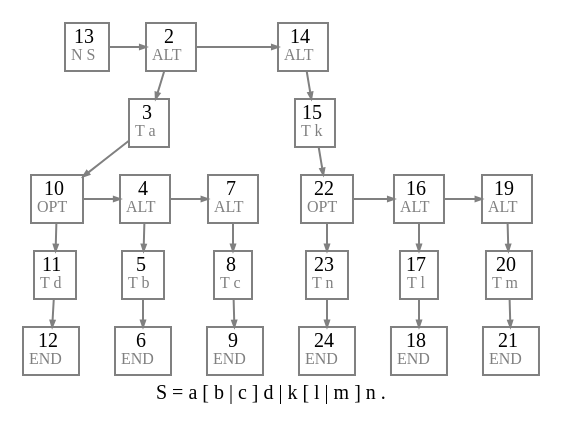
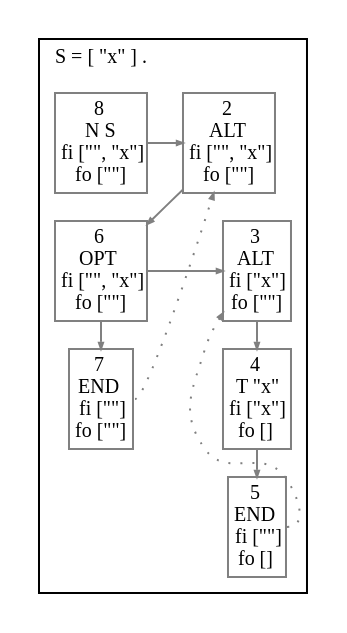
Before and after one commit to JanWillemBrands/AoC2021: the diagram in ART.gv, drawn with Graphviz. The commit also changed 11 other files, not shown here.

```diff
--- a/ART.gv
+++ b/ART.gv
@@ -1,55 +1,28 @@
 digraph G {
   fontname = Menlo
   fontsize = 10
   node [fontname = Menlo, fontsize = 10, color = gray, height = 0, width = 0, margin= 0.04]
   edge [fontname = Menlo, fontsize = 10, color = gray, arrowsize = 0.3]
   graph [ordering = out, ranksep = 0.2]
   rankdir = "TB"
+  subgraph clusterS {
     node [shape = box]
-    label = <S = a [ b | c ] d | k [ l | m ] n .>
-    13 [label = <13<br/><font color="gray" point-size="8.0"> N S</font>>]
-    13 -> 2 {rank = same; 13; 2;}
-    2 [label = <2<br/><font color="gray" point-size="8.0"> ALT </font>>]
-    2 -> 14 {rank = same; 2; 14;}
-    14 [label = <14<br/><font color="gray" point-size="8.0"> ALT </font>>]
-    14 -> 15
-    15 [label = <15<br/><font color="gray" point-size="8.0"> T k</font>>]
-    15 -> 22
-    22 [label = <22<br/><font color="gray" point-size="8.0"> OPT </font>>]
-    22 -> 16 {rank = same; 22; 16;}
-    16 [label = <16<br/><font color="gray" point-size="8.0"> ALT </font>>]
-    16 -> 19 {rank = same; 16; 19;}
-    19 [label = <19<br/><font color="gray" point-size="8.0"> ALT </font>>]
-    19 -> 20
-    20 [label = <20<br/><font color="gray" point-size="8.0"> T m</font>>]
-    20 -> 21
-    21 [label = <21<br/><font color="gray" point-size="8.0"> END </font>>]
-    16 -> 17
-    17 [label = <17<br/><font color="gray" point-size="8.0"> T l</font>>]
-    17 -> 18
-    18 [label = <18<br/><font color="gray" point-size="8.0"> END </font>>]
-    22 -> 23
-    23 [label = <23<br/><font color="gray" point-size="8.0"> T n</font>>]
-    23 -> 24
-    24 [label = <24<br/><font color="gray" point-size="8.0"> END </font>>]
-    2 -> 3
-    3 [label = <3<br/><font color="gray" point-size="8.0"> T a</font>>]
-    3 -> 10
-    10 [label = <10<br/><font color="gray" point-size="8.0"> OPT </font>>]
-    10 -> 4 {rank = same; 10; 4;}
-    4 [label = <4<br/><font color="gray" point-size="8.0"> ALT </font>>]
-    4 -> 7 {rank = same; 4; 7;}
-    7 [label = <7<br/><font color="gray" point-size="8.0"> ALT </font>>]
-    7 -> 8
-    8 [label = <8<br/><font color="gray" point-size="8.0"> T c</font>>]
-    8 -> 9
-    9 [label = <9<br/><font color="gray" point-size="8.0"> END </font>>]
-    4 -> 5
-    5 [label = <5<br/><font color="gray" point-size="8.0"> T b</font>>]
-    5 -> 6
-    6 [label = <6<br/><font color="gray" point-size="8.0"> END </font>>]
-    10 -> 11
-    11 [label = <11<br/><font color="gray" point-size="8.0"> T d</font>>]
-    11 -> 12
-    12 [label = <12<br/><font color="gray" point-size="8.0"> END </font>>]
+    label = <S = [ "x" ] .>
+    labeljust = l
+    8 [label = <8<br/>N S<br/>fi ["", "x"]<br/>fo [""]>]
+    8 -> 2 {rank = same; 8; 2;}
+    2 [label = <2<br/>ALT <br/>fi ["", "x"]<br/>fo [""]>]
+    2 -> 6 [weight=100]
+    6 [label = <6<br/>OPT <br/>fi ["", "x"]<br/>fo [""]>]
+    6 -> 3 {rank = same; 6; 3;}
+    3 [label = <3<br/>ALT <br/>fi ["x"]<br/>fo [""]>]
+    3 -> 4 [weight=100]
+    4 [label = <4<br/>T "x"<br/>fi ["x"]<br/>fo []>]
+    4 -> 5 [weight=100]
+    5 [label = <5<br/>END <br/>fi [""]<br/>fo []>]
+    6 -> 7 [weight=100]
+    7 [label = <7<br/>END <br/>fi [""]<br/>fo [""]>]
+  }
+  5:e -> 3 [style = dotted, constraint = false]
+  7:e -> 2 [style = dotted, constraint = false]
 }
```
